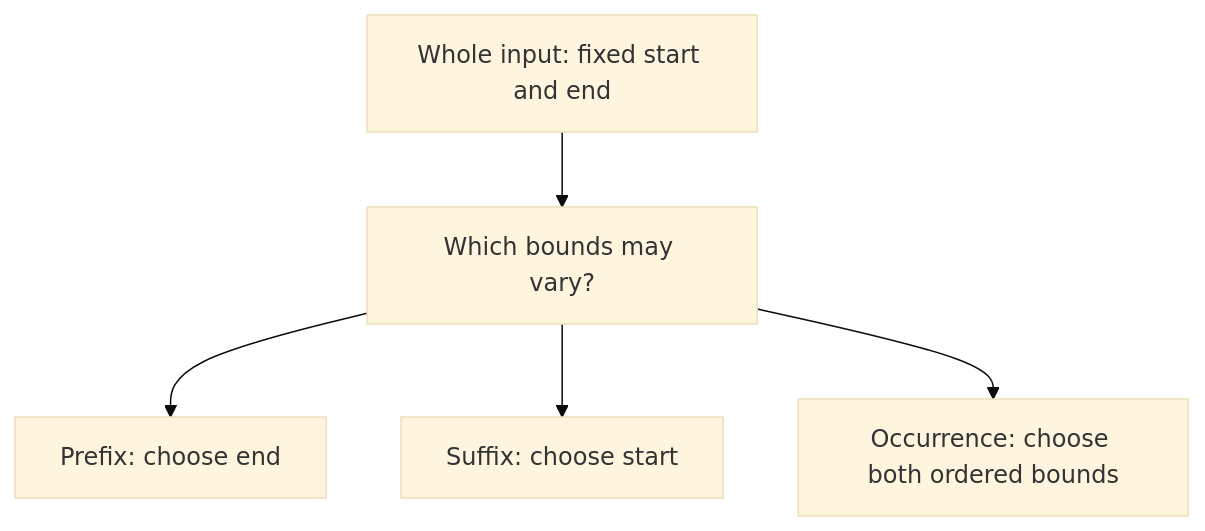
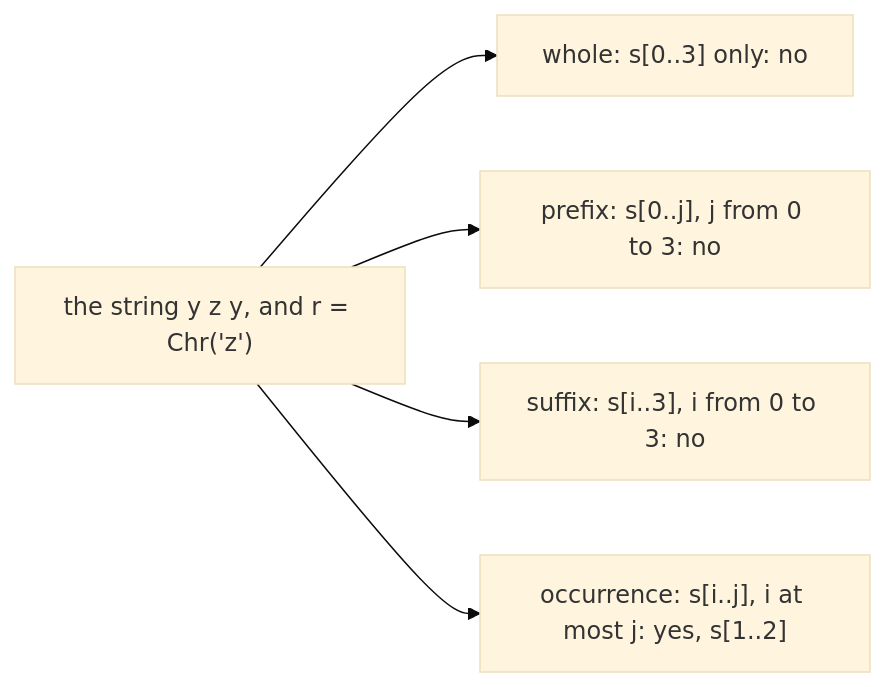
One commit to leobwang/dafny-verus-learn-0 changed the first of 3 diagrams in docs/R04_Specs.md. Above: the diagram before and after it, drawn with Mermaid (base theme). The commit also changed other lines of this file and 63 other files, not shown here.

````diff
--- a/docs/R04_Specs.md
+++ b/docs/R04_Specs.md
@@ -130,7 +248,7 @@
 ```mermaid
-flowchart TB
-  W["Whole input: fixed start and end"] --> B["Which bounds may vary?"]
-  B --> P["Prefix: choose end"]
-  B --> S["Suffix: choose start"]
-  B --> O["Occurrence: choose both ordered bounds"]
+flowchart LR
+  S["the string y z y, and r = Chr('z')"] --> W["whole: s[0..3] only: no"]
+  S --> P["prefix: s[0..j], j from 0 to 3: no"]
+  S --> X["suffix: s[i..3], i from 0 to 3: no"]
+  S --> O["occurrence: s[i..j], i at most j: yes, s[1..2]"]
 ```
````
